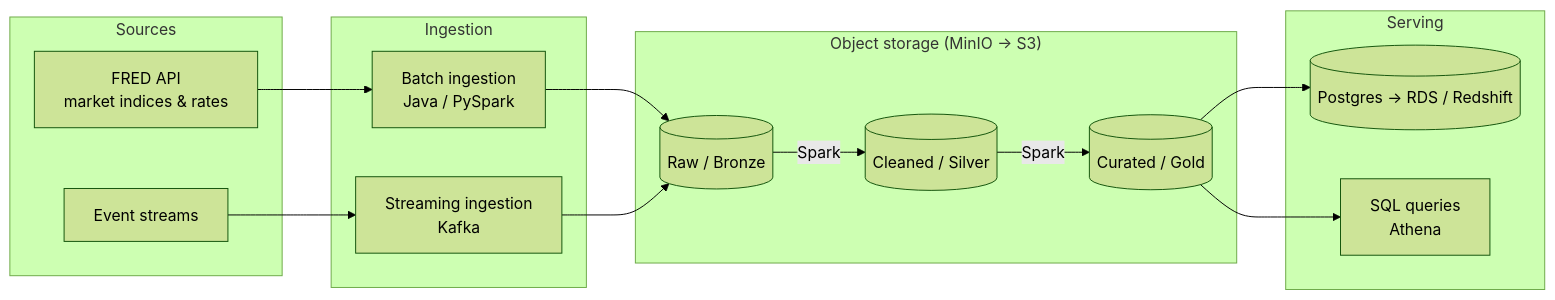
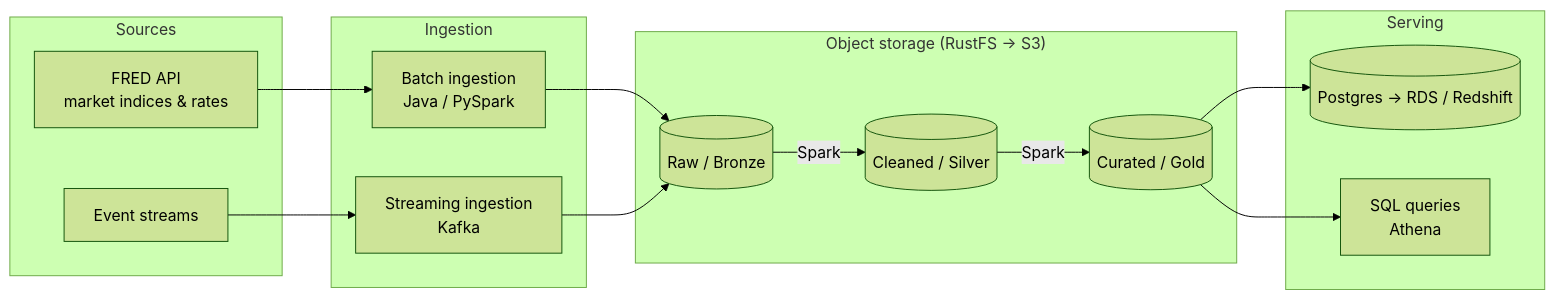
Before and after one commit to MJMukwevho/data-engineering-labs: the diagram in README.md, drawn with Mermaid (forest theme). The commit also changed other lines of this file and 6 other files, not shown here.

````diff
--- a/README.md
+++ b/README.md
@@ -13,29 +13,29 @@
 ```mermaid
 flowchart LR
     subgraph Sources
         A[FRED API<br/>market indices & rates]
         B[Event streams]
     end
 
     subgraph Ingestion
         C[Batch ingestion<br/>Java / PySpark]
         D[Streaming ingestion<br/>Kafka]
     end
 
-    subgraph Lake["Object storage (MinIO → S3)"]
+    subgraph Lake["Object storage (RustFS → S3)"]
         E[(Raw / Bronze)]
         F[(Cleaned / Silver)]
         G[(Curated / Gold)]
     end
 
     subgraph Serving
         H[(Postgres → RDS / Redshift)]
         I[SQL queries<br/>Athena]
     end
 
     A --> C --> E
     B --> D --> E
     E -- Spark --> F -- Spark --> G
     G --> H
     G --> I
 ```
````
